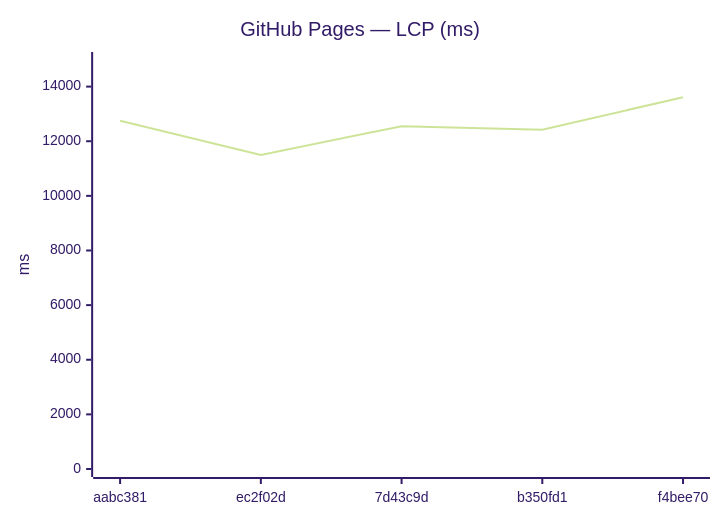
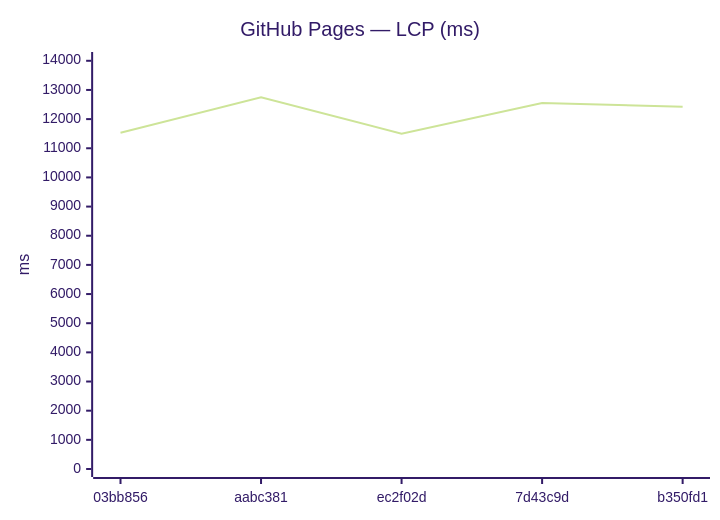
The ninth of 18 diagrams in benchmarks/compare.md (Metaheurist/Rianell), drawn with Mermaid (forest theme) before and after one commit. The commit also changed other lines of this file and 11 other files, not shown here.

````diff
--- a/benchmarks/compare.md
+++ b/benchmarks/compare.md
@@ -142,7 +142,7 @@
 ```mermaid
 xychart-beta
     title "GitHub Pages — LCP (ms)"
-    x-axis ["aabc381", "ec2f02d", "7d43c9d", "b350fd1", "f4bee70"]
-    y-axis "ms" 0 --> 14974
-    line [12751, 11500, 12552, 12421, 13612]
+    x-axis ["03bb856", "aabc381", "ec2f02d", "7d43c9d", "b350fd1"]
+    y-axis "ms" 0 --> 14027
+    line [11529, 12751, 11500, 12552, 12421]
 ```
````
